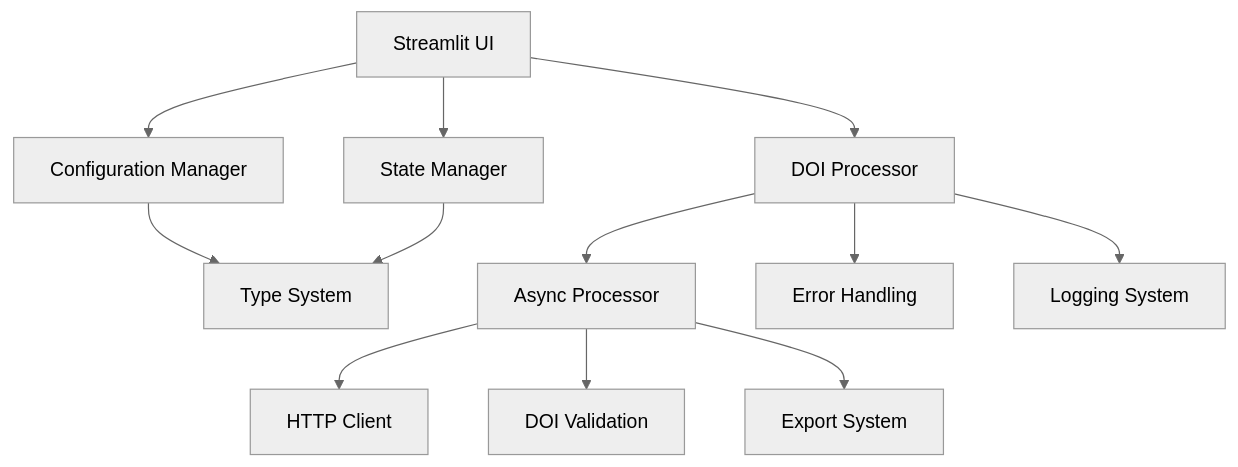
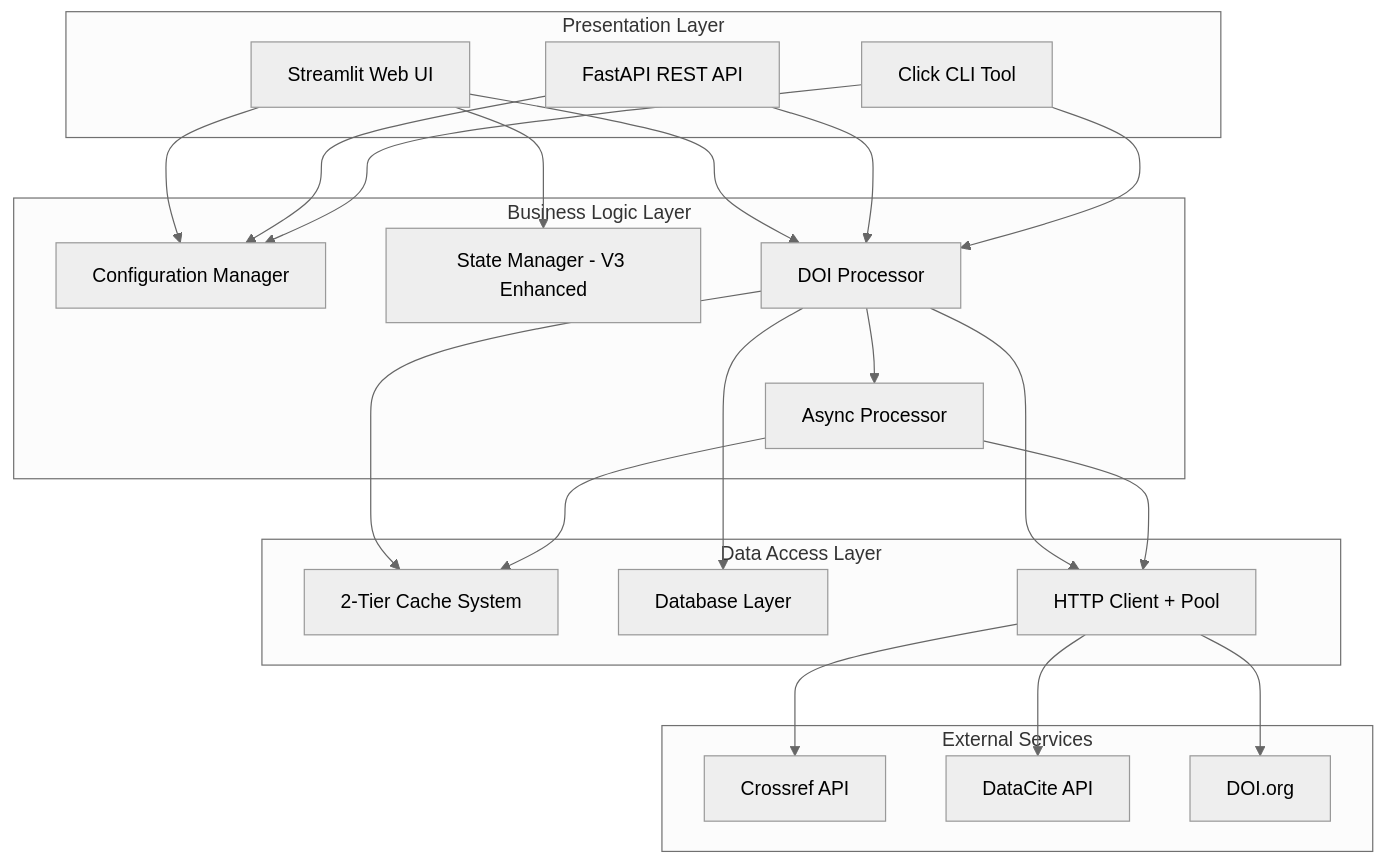
One commit to Ajaykhanna/DOI2BibTex changed the diagram in README.md. Above: the diagram before and after it, drawn with Mermaid (neutral theme). The commit also changed other lines of this file and 1 other file, not shown here.

````diff
--- a/README.md
+++ b/README.md
@@ -112,16 +151,48 @@
 ```mermaid
 graph TB
-    UI[Streamlit UI] --> Config[Configuration Manager]
-    UI --> State[State Manager] 
-    UI --> Processor[DOI Processor]
-    
-    Config --> Types[Type System]
-    State --> Types
-    Processor --> Async[Async Processor]
-    Processor --> Exceptions[Error Handling]
-    Processor --> Logging[Logging System]
-    
-    Async --> HTTP[HTTP Client]
-    Async --> DOI[DOI Validation]
-    Async --> Export[Export System]
+    subgraph "Presentation Layer"
+        UI[Streamlit Web UI]
+        API[FastAPI REST API]
+        CLI[Click CLI Tool]
+    end
+
+    subgraph "Business Logic Layer"
+        Config[Configuration Manager]
+        State[State Manager - V3 Enhanced]
+        Processor[DOI Processor]
+        AsyncProc[Async Processor]
+    end
+
+    subgraph "Data Access Layer"
+        Cache[2-Tier Cache System]
+        DB[Database Layer]
+        HTTP[HTTP Client + Pool]
+    end
+
+    subgraph "External Services"
+        Crossref[Crossref API]
+        DataCite[DataCite API]
+        DOIOrg[DOI.org]
+    end
+
+    UI --> Config
+    UI --> State
+    API --> Config
+    CLI --> Config
+
+    UI --> Processor
+    API --> Processor
+    CLI --> Processor
+
+    Processor --> AsyncProc
+    Processor --> Cache
+    Processor --> DB
+    Processor --> HTTP
+
+    HTTP --> Crossref
+    HTTP --> DataCite
+    HTTP --> DOIOrg
+
+    AsyncProc --> HTTP
+    AsyncProc --> Cache
 ```
````
